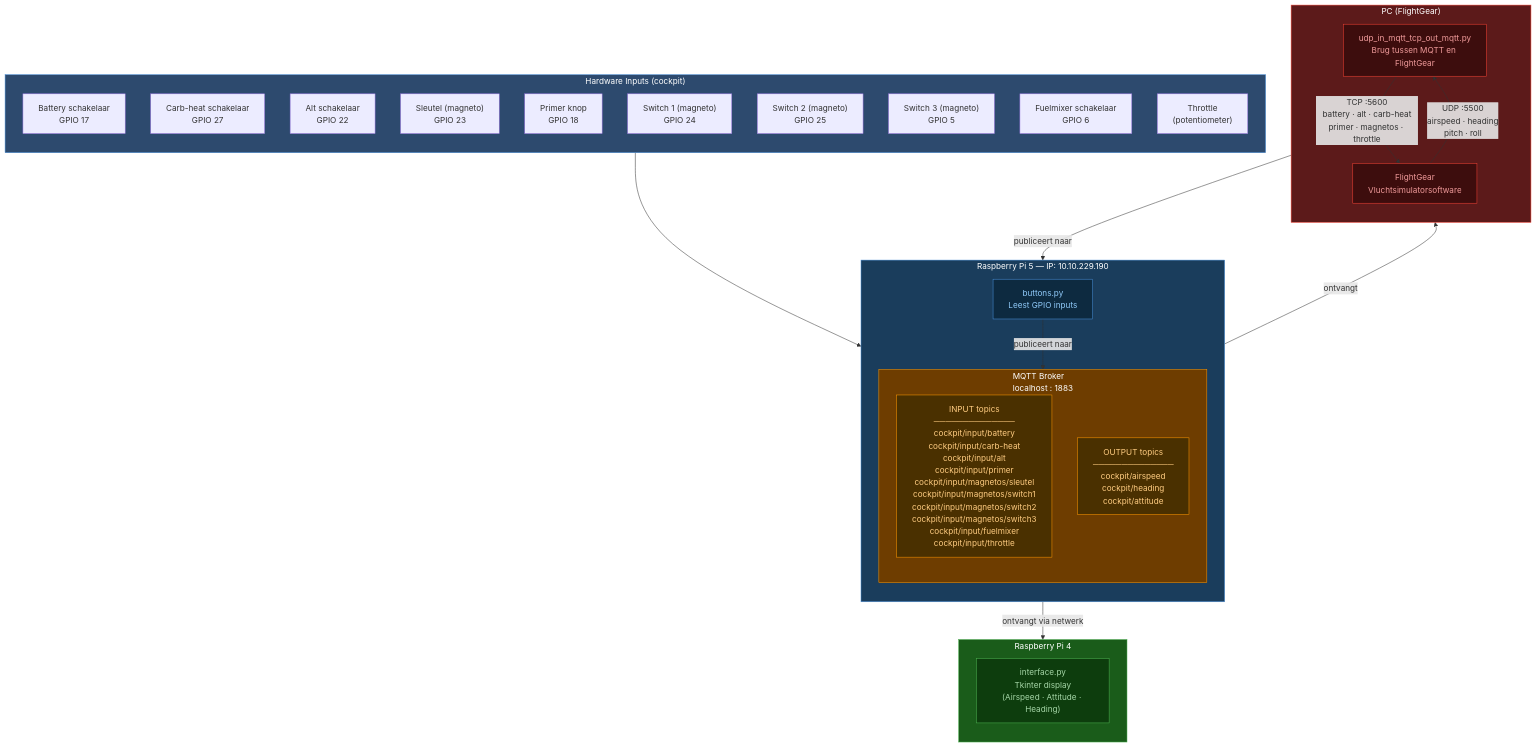
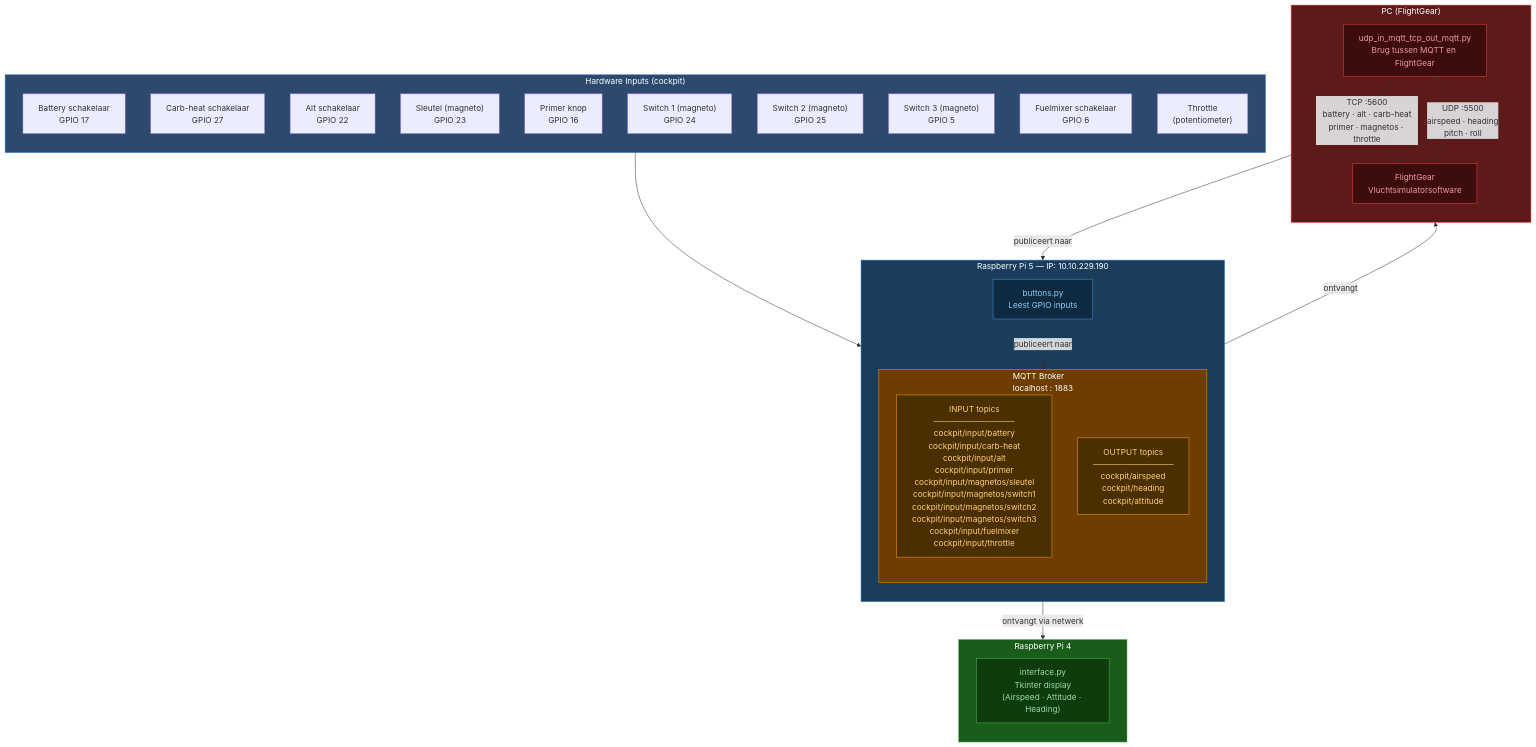
One commit to vives-project-xp/SimulatorCockpit changed the diagram in Documentatie/schemas/software-architectuur.md. Above: the diagram before and after it, drawn with Mermaid. The commit also changed 2 other files, not shown here.

Commit message:
GPIO fix primerknop

````diff
--- a/Documentatie/schemas/software-architectuur.md
+++ b/Documentatie/schemas/software-architectuur.md
@@ -14,68 +14,68 @@
 ```mermaid
 flowchart TD
 
     %% ─── HARDWARE INPUTS ───
     subgraph HW["Hardware Inputs (cockpit)"]
         direction TB
         BAT["Battery schakelaar\nGPIO 17"]
         CARB["Carb-heat schakelaar\nGPIO 27"]
         ALT["Alt schakelaar\nGPIO 22"]
         SLEUTEL["Sleutel (magneto)\nGPIO 23"]
-        PRIMER["Primer knop\nGPIO 18"]
+        PRIMER["Primer knop\nGPIO 16"]
         SW1["Switch 1 (magneto)\nGPIO 24"]
         SW2["Switch 2 (magneto)\nGPIO 25"]
         SW3["Switch 3 (magneto)\nGPIO 5"]
         FUEL["Fuelmixer schakelaar\nGPIO 6"]
         THROTTLE["Throttle\n(potentiometer)"]
     end
 
     %% ─── RASPBERRY PI 5 ───
     subgraph RPI5["Raspberry Pi 5 — IP: 10.10.229.190"]
         direction TB
         BUTTONS["buttons.py\nLeest GPIO inputs"]
         subgraph MQTT["MQTT Broker\nlocalhost : 1883"]
             direction TB
             IN_TOPICS["INPUT topics\n──────────────\ncockpit/input/battery\ncockpit/input/carb-heat\ncockpit/input/alt\ncockpit/input/primer\ncockpit/input/magnetos/sleutel\ncockpit/input/magnetos/switch1\ncockpit/input/magnetos/switch2\ncockpit/input/magnetos/switch3\ncockpit/input/fuelmixer\ncockpit/input/throttle"]
             OUT_TOPICS["OUTPUT topics\n──────────────\ncockpit/airspeed\ncockpit/heading\ncockpit/attitude"]
         end
     end
 
     %% ─── RASPBERRY PI 4 ───
     subgraph RPI4["Raspberry Pi 4"]
         direction TB
         DISPLAY["interface.py\nTkinter display\n(Airspeed · Attitude · Heading)"]
     end
 
     %% ─── PC ───
     subgraph PC["PC (FlightGear)"]
         direction TB
         BRIDGE["udp_in_mqtt_tcp_out_mqtt.py\nBrug tussen MQTT en FlightGear"]
         FG["FlightGear\nVluchtsimulatorsoftware"]
     end
 
     %% ─── VERBINDINGEN ───
 
     HW --> BUTTONS
     BUTTONS -->|"publiceert naar"| IN_TOPICS
 
     IN_TOPICS -->|"ontvangt"| BRIDGE
     BRIDGE -->|"TCP :5600\nbattery · alt · carb-heat\nprimer · magnetos · throttle"| FG
 
     FG -->|"UDP :5500\nairspeed · heading\npitch · roll"| BRIDGE
     BRIDGE -->|"publiceert naar"| OUT_TOPICS
 
     OUT_TOPICS -->|"ontvangt via netwerk"| DISPLAY
 
     %% ─── KLEUREN ───
     style HW fill:#2d4a6e,color:#ffffff,stroke:#4a90d9
     style RPI5 fill:#1a3d5c,color:#ffffff,stroke:#4a90d9
     style RPI4 fill:#1a5c1a,color:#ffffff,stroke:#4caf50
     style MQTT fill:#6e3d00,color:#ffffff,stroke:#ff9800
     style PC fill:#5c1a1a,color:#ffffff,stroke:#f44336
     style IN_TOPICS fill:#4a3000,color:#ffcc80,stroke:#ff9800
     style OUT_TOPICS fill:#4a3000,color:#ffcc80,stroke:#ff9800
     style BUTTONS fill:#0d2a40,color:#90caf9,stroke:#4a90d9
     style DISPLAY fill:#0d3d0d,color:#a5d6a7,stroke:#4caf50
     style BRIDGE fill:#3d0d0d,color:#ef9a9a,stroke:#f44336
     style FG fill:#3d0d0d,color:#ef9a9a,stroke:#f44336
 ```
````
